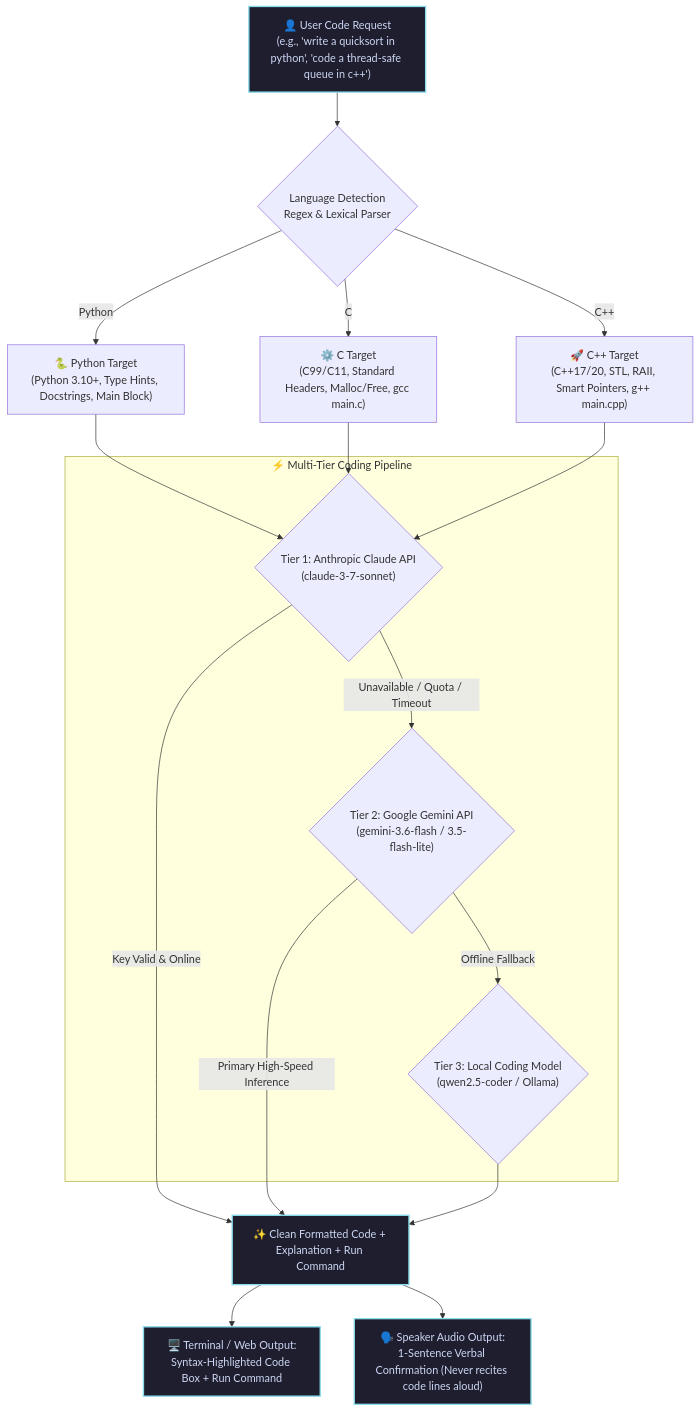
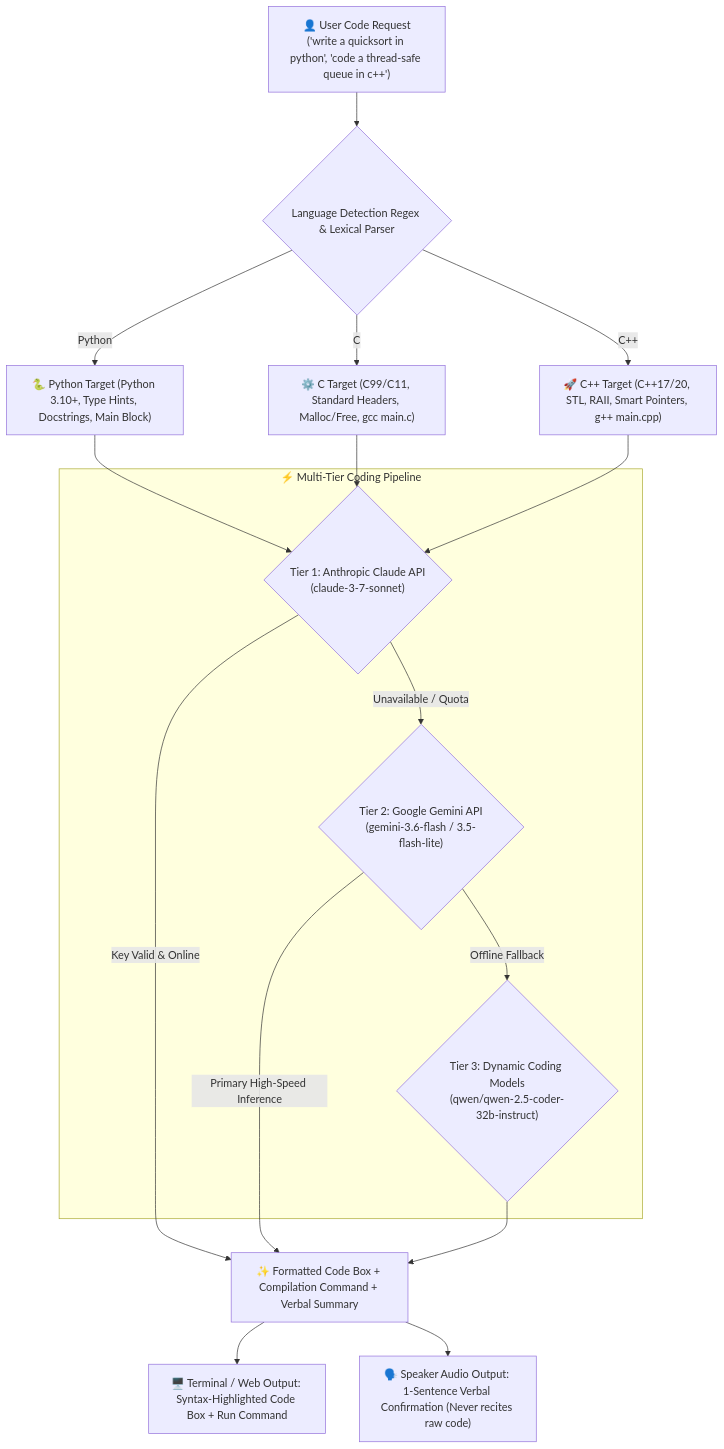
Before and after one commit to ashwintelangstark/january.systems: the eighth of 11 diagrams in README.md, drawn with Mermaid. The commit also changed other lines of this file, not shown here.

Commit message:
docs: consolidate all walkthroughs, Dynamic Model Router, CUA actuation, and 2D Plan to 3D Blender BIM Engine into README

````diff
--- a/README.md
+++ b/README.md
@@ -274,30 +398,27 @@
 ```mermaid
 flowchart TD
-    A["👤 User Code Request<br/>(e.g., 'write a quicksort in python', 'code a thread-safe queue in c++')"] --> B{"Language Detection<br/>Regex & Lexical Parser"}
+    A["👤 User Code Request<br/>('write a quicksort in python', 'code a thread-safe queue in c++')"] --> B{"Language Detection Regex & Lexical Parser"}
     
-    B -->|"Python"| LP["🐍 Python Target<br/>(Python 3.10+, Type Hints, Docstrings, Main Block)"]
-    B -->|"C"| LC["⚙️ C Target<br/>(C99/C11, Standard Headers, Malloc/Free, gcc main.c)"]
-    B -->|"C++"| LCPP["🚀 C++ Target<br/>(C++17/20, STL, RAII, Smart Pointers, g++ main.cpp)"]
+    B -->|"Python"| LP["🐍 Python Target (Python 3.10+, Type Hints, Docstrings, Main Block)"]
+    B -->|"C"| LC["⚙️ C Target (C99/C11, Standard Headers, Malloc/Free, gcc main.c)"]
+    B -->|"C++"| LCPP["🚀 C++ Target (C++17/20, STL, RAII, Smart Pointers, g++ main.cpp)"]
 
     LP --> T1
     LC --> T1
     LCPP --> T1
 
     subgraph Pipeline ["⚡ Multi-Tier Coding Pipeline"]
         T1{"Tier 1: Anthropic Claude API<br/>(claude-3-7-sonnet)"}
         T2{"Tier 2: Google Gemini API<br/>(gemini-3.6-flash / 3.5-flash-lite)"}
-        T3{"Tier 3: Local Coding Model<br/>(qwen2.5-coder / Ollama)"}
+        T3{"Tier 3: Dynamic Coding Models<br/>(qwen/qwen-2.5-coder-32b-instruct)"}
     end
 
-    T1 -->|"Key Valid & Online"| RES["✨ Clean Formatted Code + Explanation + Run Command"]
-    T1 -->|"Unavailable / Quota / Timeout"| T2
+    T1 -->|"Key Valid & Online"| RES["✨ Formatted Code Box + Compilation Command + Verbal Summary"]
+    T1 -->|"Unavailable / Quota"| T2
     T2 -->|"Primary High-Speed Inference"| RES
     T2 -->|"Offline Fallback"| T3
     T3 --> RES
 
-    RES --> OUT1["🖥️ Terminal / Web Output:<br/>Syntax-Highlighted Code Box + Run Command"]
-    RES --> OUT2["🗣️ Speaker Audio Output:<br/>1-Sentence Verbal Confirmation (Never recites code lines aloud)"]
-
-    classDef codeNode fill:#1e1e2e,stroke:#89dceb,stroke-width:2px,color:#cdd6f4;
-    class A,RES,OUT1,OUT2 codeNode;
+    RES --> OUT1["🖥️ Terminal / Web Output: Syntax-Highlighted Code Box + Run Command"]
+    RES --> OUT2["🗣️ Speaker Audio Output: 1-Sentence Verbal Confirmation (Never recites raw code)"]
 ```
````
